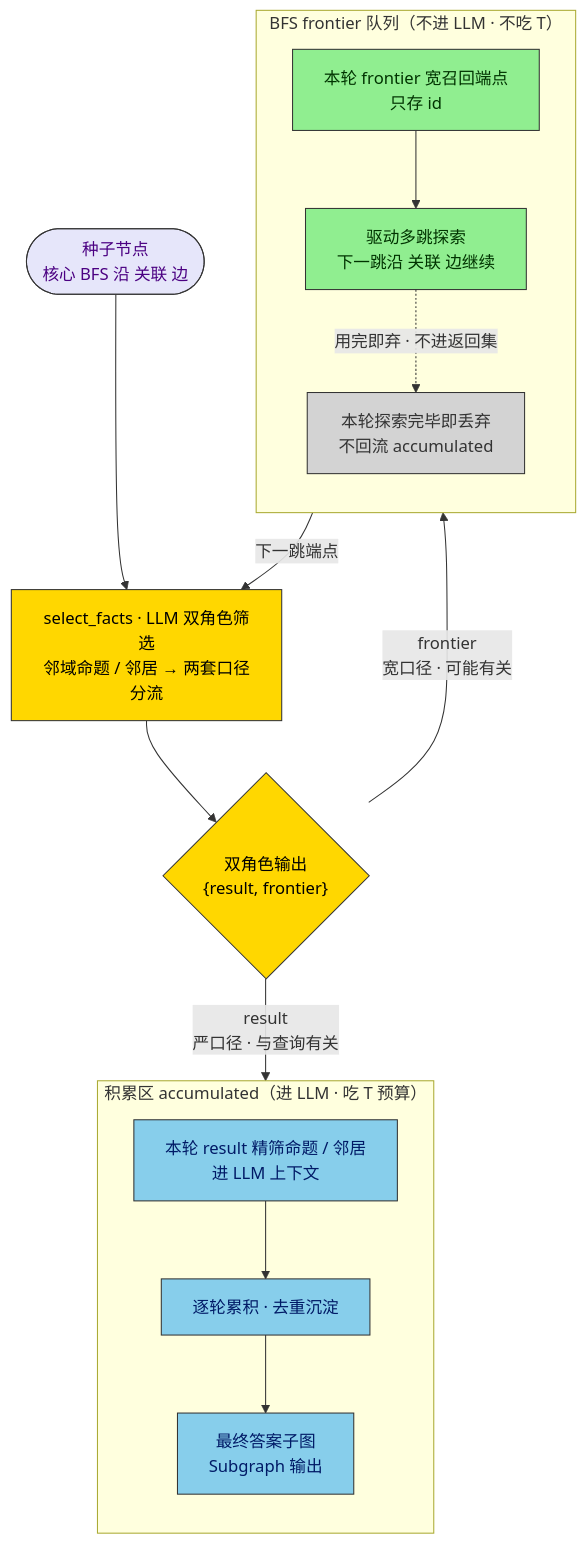
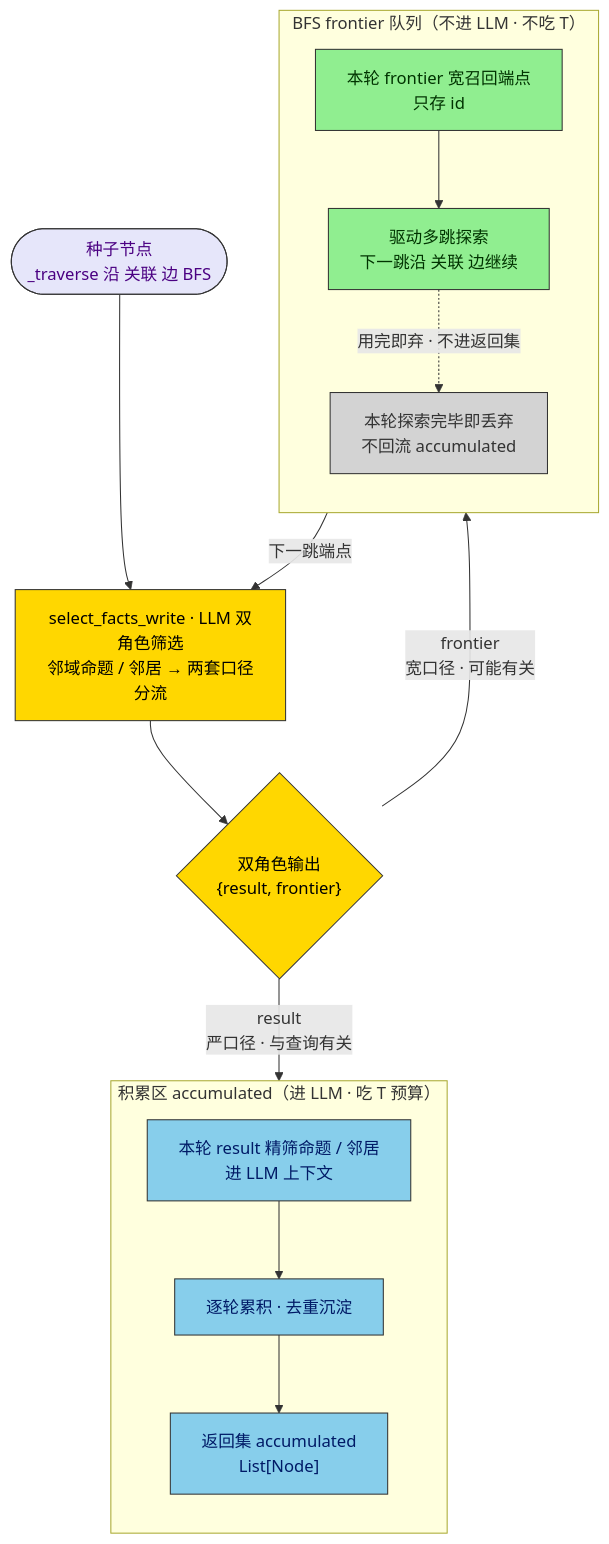
The diagram in docs/diagrams/select-facts-dualrole-flow.mmd (Dhyana-c/MCS), drawn with Mermaid before and after one commit. The commit also changed 25 other files, not shown here.

```diff
--- a/docs/diagrams/select-facts-dualrole-flow.mmd
+++ b/docs/diagrams/select-facts-dualrole-flow.mmd
@@ -1,36 +1,36 @@
 flowchart TD
-    SEED(["种子节点<br/>核心 BFS 沿 关联 边"]) --> SF
-    SF["select_facts · LLM 双角色筛选<br/>邻域命题 / 邻居 → 两套口径分流"] --> SPLIT{"双角色输出<br/>{result, frontier}"}
+    SEED(["种子节点<br/>_traverse 沿 关联 边 BFS"]) --> SF
+    SF["select_facts_write · LLM 双角色筛选<br/>邻域命题 / 邻居 → 两套口径分流"] --> SPLIT{"双角色输出<br/>{result, frontier}"}
 
     SPLIT -->|"result<br/>严口径 · 与查询有关"| ACC
     SPLIT -->|"frontier<br/>宽口径 · 可能有关"| FRT
 
     subgraph ACC_AREA["积累区 accumulated（进 LLM · 吃 T 预算）"]
         direction TB
         ACC["本轮 result 精筛命题 / 邻居<br/>进 LLM 上下文"]
         ACC2["逐轮累积 · 去重沉淀"]
         ACC --> ACC2
-        ACC2 --> ANS["最终答案子图<br/>Subgraph 输出"]
+        ACC2 --> ANS["返回集 accumulated<br/>List[Node]"]
     end
 
     subgraph FRT_AREA["BFS frontier 队列（不进 LLM · 不吃 T）"]
         direction TB
         FRT["本轮 frontier 宽召回端点<br/>只存 id"]
         FRT2["驱动多跳探索<br/>下一跳沿 关联 边继续"]
         FRT --> FRT2
         FRT2 -. 用完即弃 · 不进返回集 .-> GONE["本轮探索完毕即丢弃<br/>不回流 accumulated"]
     end
 
     FRT2 -->|"下一跳端点"| SF
 
     classDef seed fill:#E6E6FA,stroke:#333,color:#4b0082
     classDef llm fill:#FFD700,stroke:#333,color:#000
     classDef fact fill:#87CEEB,stroke:#333,color:#001a66
     classDef concept fill:#90EE90,stroke:#333,color:#003300
     classDef sink fill:#D3D3D3,stroke:#333,color:#333
 
     class SEED seed
     class SF,SPLIT llm
     class ACC,ACC2,ANS fact
     class FRT,FRT2 concept
     class GONE sink
```
